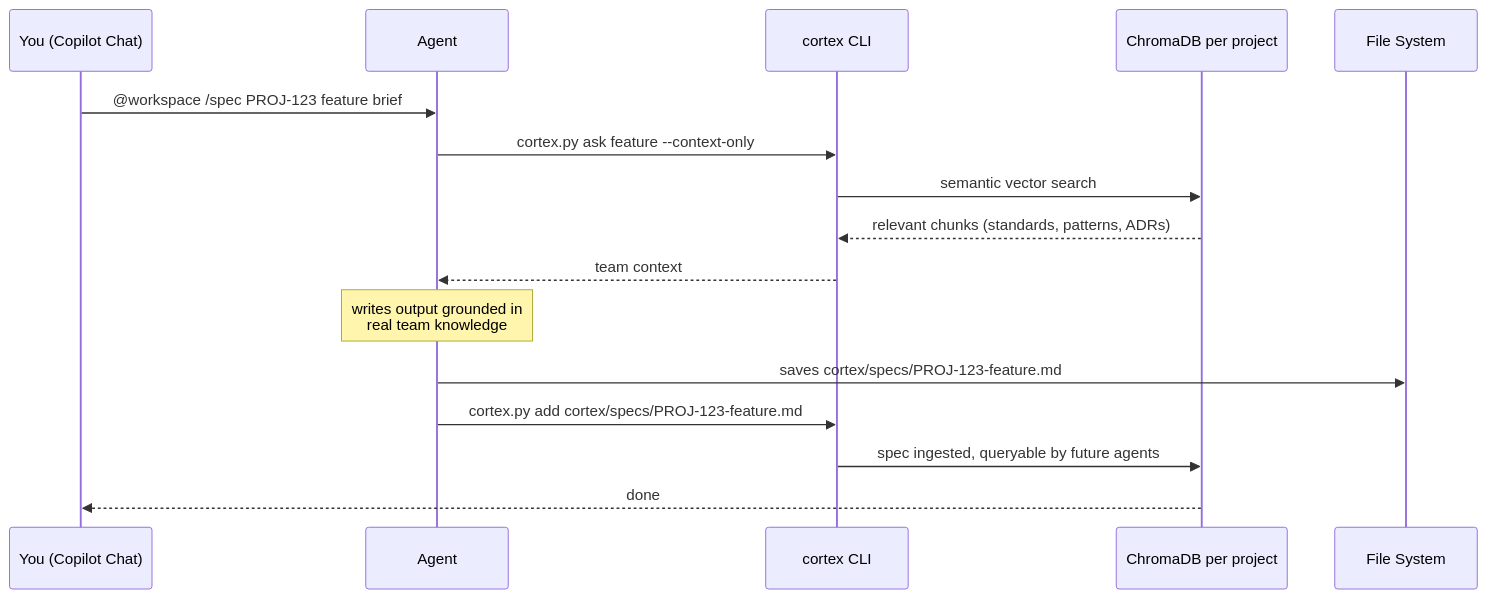
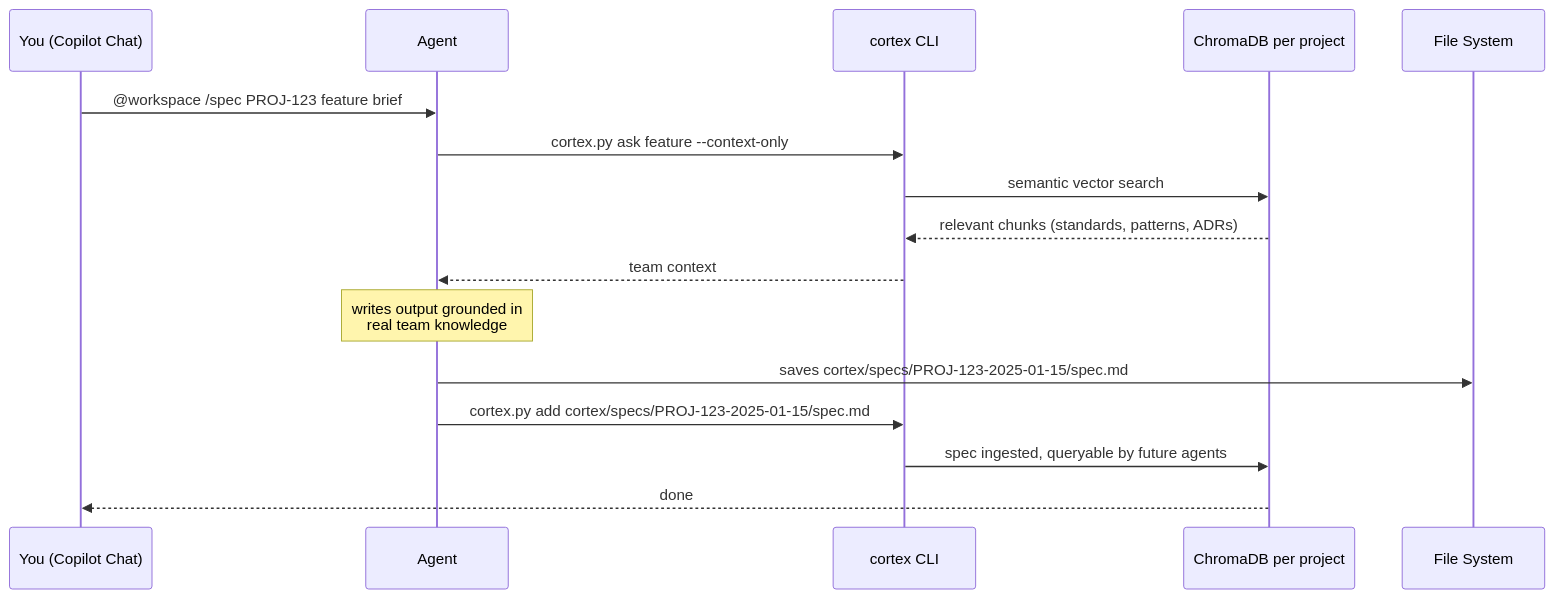
Before and after one commit to dsmoothdaboogie/cortex: the first of 2 diagrams in README.md, drawn with Mermaid. The commit also changed other lines of this file and 12 other files, not shown here.

````diff
--- a/README.md
+++ b/README.md
@@ -18,19 +18,19 @@
 ```mermaid
 sequenceDiagram
     participant You as You (Copilot Chat)
     participant Agent as Agent
     participant CLI as cortex CLI
     participant DB as ChromaDB per project
     participant FS as File System
 
     You->>Agent: @workspace /spec PROJ-123 feature brief
     Agent->>CLI: cortex.py ask feature --context-only
     CLI->>DB: semantic vector search
     DB-->>CLI: relevant chunks (standards, patterns, ADRs)
     CLI-->>Agent: team context
     Note over Agent: writes output grounded in<br/>real team knowledge
-    Agent->>FS: saves cortex/specs/PROJ-123-feature.md
-    Agent->>CLI: cortex.py add cortex/specs/PROJ-123-feature.md
+    Agent->>FS: saves cortex/specs/PROJ-123-2025-01-15/spec.md
+    Agent->>CLI: cortex.py add cortex/specs/PROJ-123-2025-01-15/spec.md
     CLI->>DB: spec ingested, queryable by future agents
     DB-->>You: done
 ```
````
